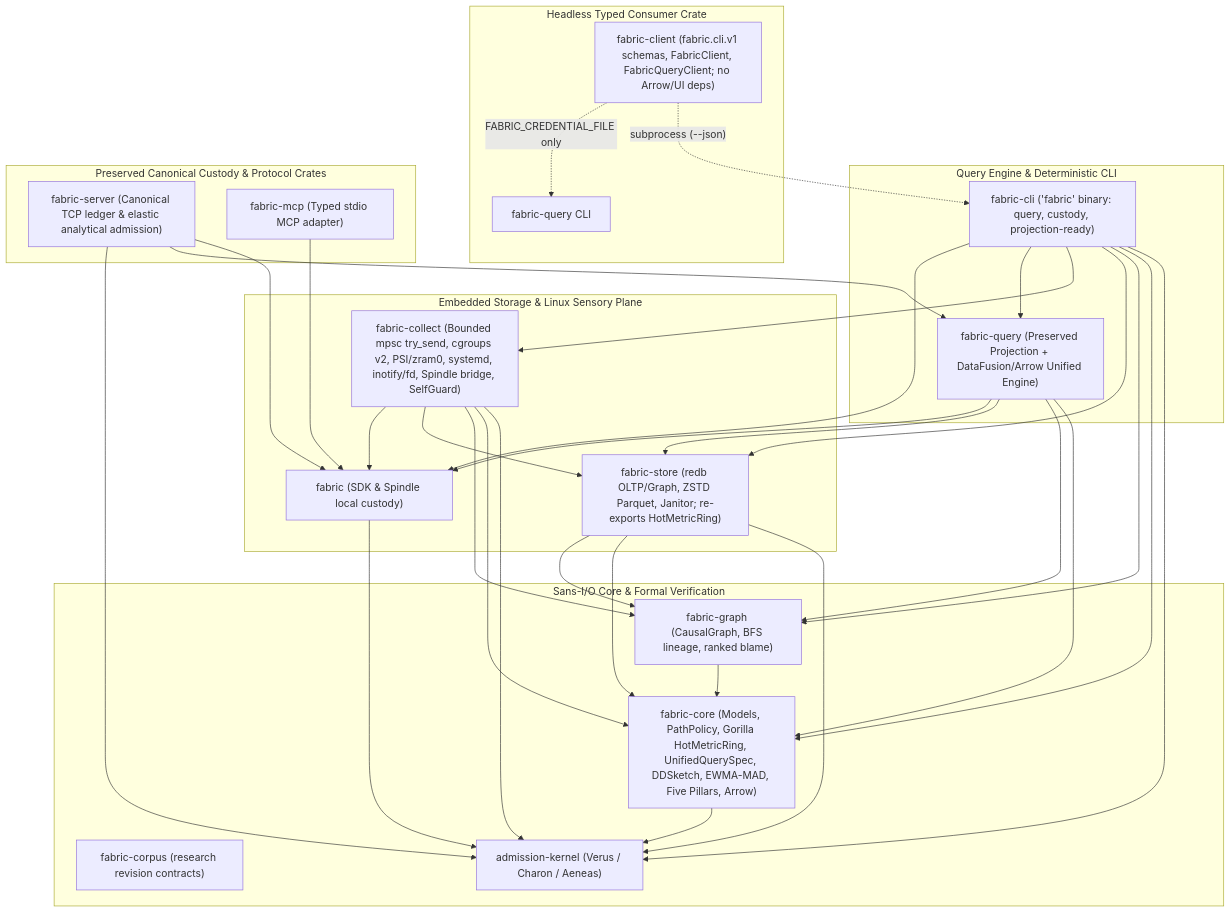
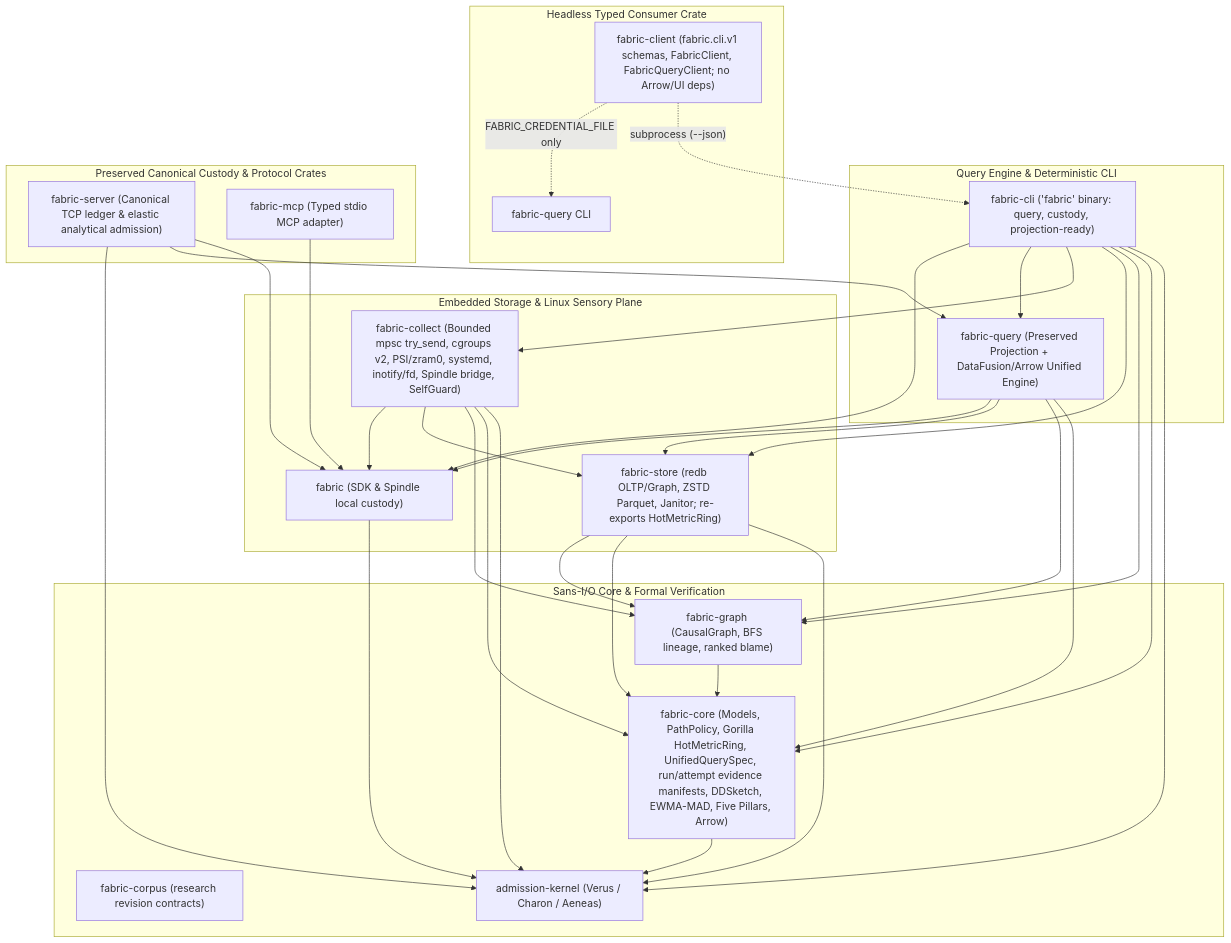
One commit to kmosoti/FabricO11y changed the first of 11 diagrams in docs/architecture.md. Above: the diagram before and after it, drawn with Mermaid. The commit also changed other lines of this file and 4 other files, not shown here.

Commit message:
feat(core): add bounded run attempt manifests

````diff
--- a/docs/architecture.md
+++ b/docs/architecture.md
@@ -9,57 +9,57 @@
 ```mermaid
 flowchart TD
     subgraph SansIO["Sans-I/O Core & Formal Verification"]
         CP["fabric-corpus (research revision contracts)"]
         AK["admission-kernel (Verus / Charon / Aeneas)"]
-        FC["fabric-core (Models, PathPolicy, Gorilla HotMetricRing, UnifiedQuerySpec, DDSketch, EWMA-MAD, Five Pillars, Arrow)"]
+        FC["fabric-core (Models, PathPolicy, Gorilla HotMetricRing, UnifiedQuerySpec, run/attempt evidence manifests, DDSketch, EWMA-MAD, Five Pillars, Arrow)"]
         FG["fabric-graph (CausalGraph, BFS lineage, ranked blame)"]
         FC --> AK
         FG --> FC
     end
 
     subgraph StorageAndCollection["Embedded Storage & Linux Sensory Plane"]
         FS["fabric-store (redb OLTP/Graph, ZSTD Parquet, Janitor; re-exports HotMetricRing)"]
         COL["fabric-collect (Bounded mpsc try_send, cgroups v2, PSI/zram0, systemd, inotify/fd, Spindle bridge, SelfGuard)"]
         FS --> AK
         FS --> FC
         FS --> FG
         COL --> AK
         COL --> FC
         COL --> FG
         COL --> FS
         COL --> FAB
     end
 
     subgraph QueryAndCLI["Query Engine & Deterministic CLI"]
         FQ["fabric-query (Preserved Projection + DataFusion/Arrow Unified Engine)"]
         CLI["fabric-cli ('fabric' binary: query, custody, projection-ready)"]
         FQ --> FC
         FQ --> FG
         FQ --> FS
         FQ --> FAB
         CLI --> AK
         CLI --> FC
         CLI --> FG
         CLI --> FS
         CLI --> COL
         CLI --> FQ
         CLI --> FAB
     end
 
     subgraph HeadlessClient["Headless Typed Consumer Crate"]
         FCL["fabric-client (fabric.cli.v1 schemas, FabricClient, FabricQueryClient; no Arrow/UI deps)"]
         FCL -. "subprocess (--json)" .-> CLI
         FCL -. "FABRIC_CREDENTIAL_FILE only" .-> FQBIN["fabric-query CLI"]
     end
 
     subgraph PreservedCustody["Preserved Canonical Custody & Protocol Crates"]
         FAB["fabric (SDK & Spindle local custody)"]
         SRV["fabric-server (Canonical TCP ledger & elastic analytical admission)"]
         MCP["fabric-mcp (Typed stdio MCP adapter)"]
         FAB --> AK
         SRV --> FAB
         SRV --> FQ
         SRV --> AK
         MCP --> FAB
     end
 ```
````
